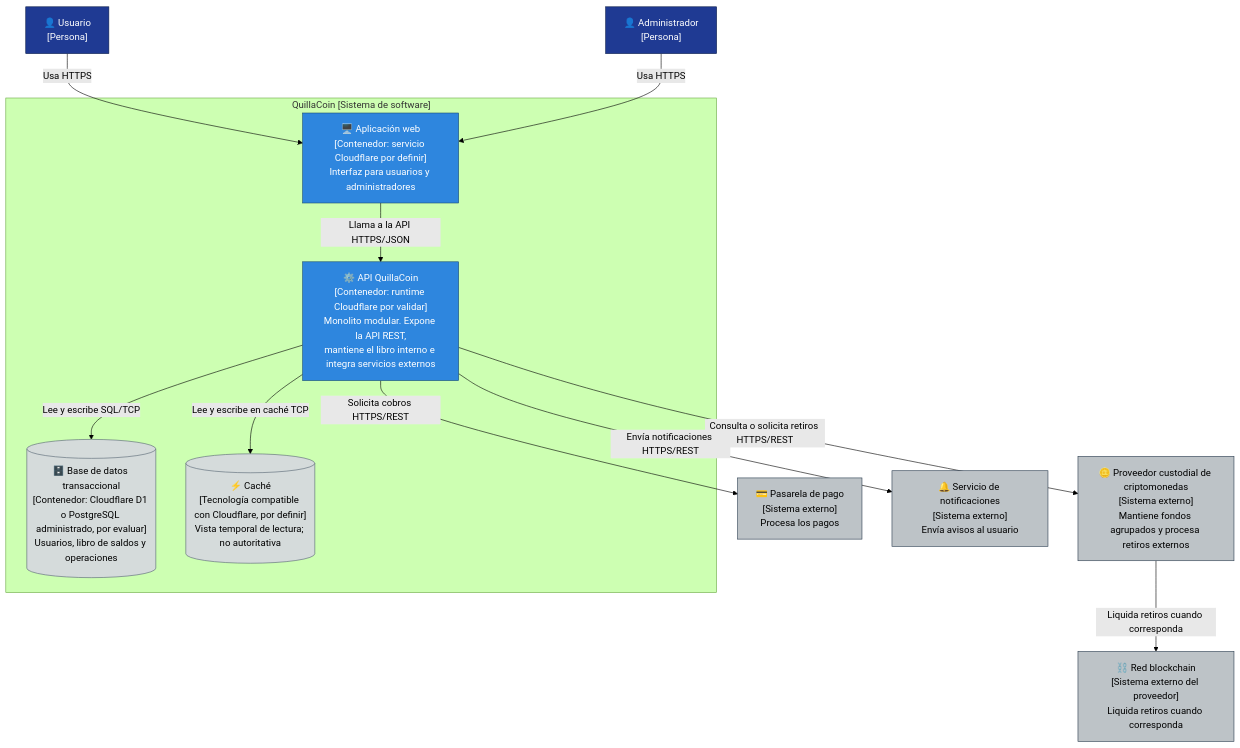
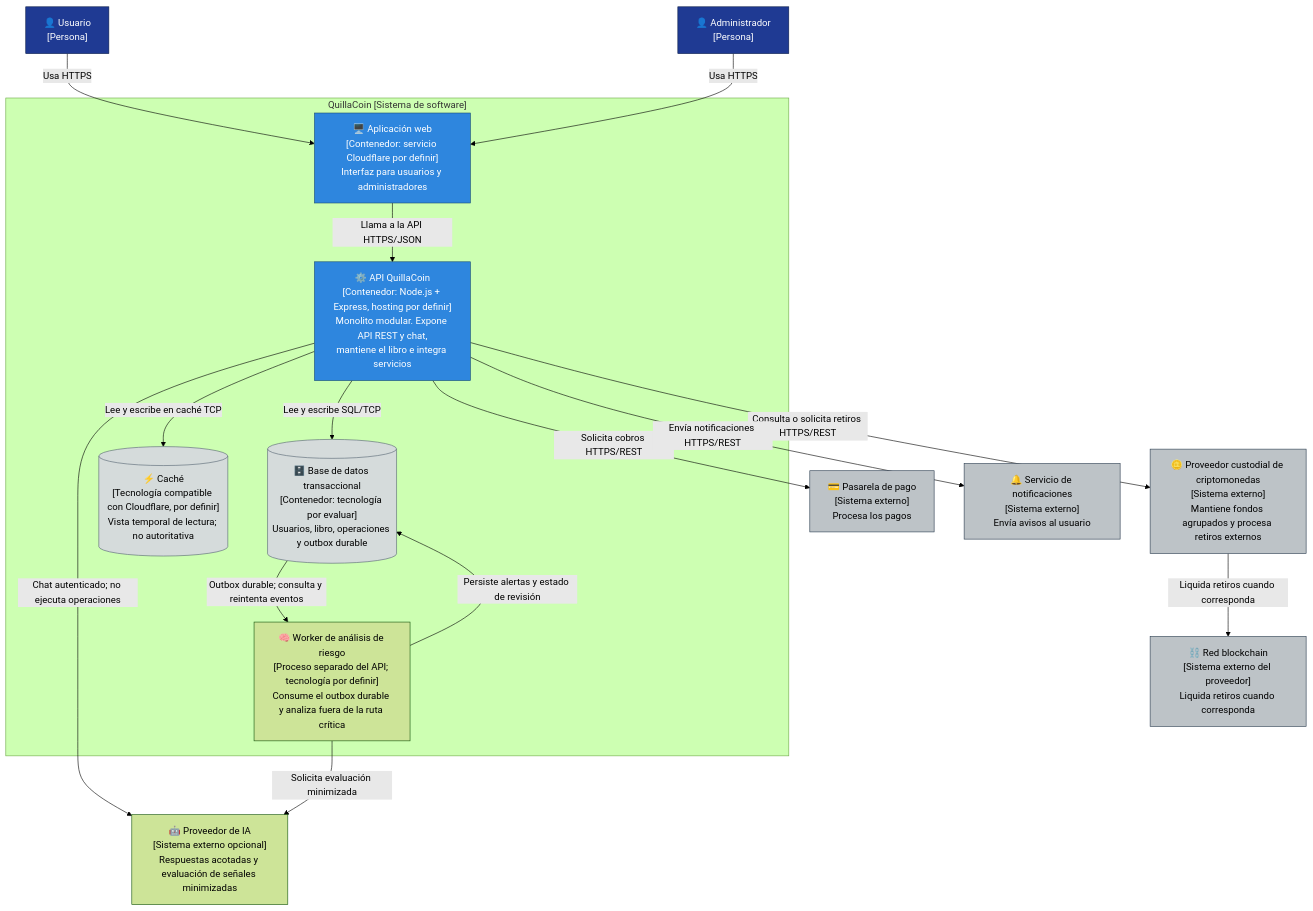
One commit to B3L70N/Flexcoin-arquitSoft-02-Jordy-Huaman changed the diagram in docs/04-modelo-c4/Nivel2-DiagramadeContenedores.md. Above: the diagram before and after it, drawn with Mermaid (forest theme). The commit also changed other lines of this file and 20 other files, not shown here.

````diff
--- a/docs/04-modelo-c4/Nivel2-DiagramadeContenedores.md
+++ b/docs/04-modelo-c4/Nivel2-DiagramadeContenedores.md
@@ -24,41 +24,47 @@
 ```mermaid
 flowchart TB
     Usuario["👤 Usuario<br/>[Persona]"]
     Admin["👤 Administrador<br/>[Persona]"]
 
     subgraph QuillaCoin ["QuillaCoin [Sistema de software]"]
         WebApp["🖥️ Aplicación web<br/>[Contenedor: servicio Cloudflare por definir]<br/>Interfaz para usuarios y administradores"]
-        API["⚙️ API QuillaCoin<br/>[Contenedor: runtime Cloudflare por validar]<br/>Monolito modular. Expone la API REST,<br/>mantiene el libro interno e integra servicios externos"]
-        DB[("🗄️ Base de datos transaccional<br/>[Contenedor: Cloudflare D1 o PostgreSQL administrado, por evaluar]<br/>Usuarios, libro de saldos y operaciones")]
+        API["⚙️ API QuillaCoin<br/>[Contenedor: Node.js + Express, hosting por definir]<br/>Monolito modular. Expone API REST y chat,<br/>mantiene el libro e integra servicios"]
+        DB[("🗄️ Base de datos transaccional<br/>[Contenedor: tecnología por evaluar]<br/>Usuarios, libro, operaciones y outbox durable")]
         Cache[("⚡ Caché<br/>[Tecnología compatible con Cloudflare, por definir]<br/>Vista temporal de lectura; no autoritativa")]
+        Worker["🧠 Worker de análisis de riesgo<br/>[Proceso separado del API; tecnología por definir]<br/>Consume el outbox durable y analiza fuera de la ruta crítica"]
     end
 
     Pasarela["💳 Pasarela de pago<br/>[Sistema externo]<br/>Procesa los pagos"]
     Proveedor["🪙 Proveedor custodial de criptomonedas<br/>[Sistema externo]<br/>Mantiene fondos agrupados y procesa retiros externos"]
     Blockchain["⛓️ Red blockchain<br/>[Sistema externo del proveedor]<br/>Liquida retiros cuando corresponda"]
     Notif["🔔 Servicio de notificaciones<br/>[Sistema externo]<br/>Envía avisos al usuario"]
+    IA["🤖 Proveedor de IA<br/>[Sistema externo opcional]<br/>Respuestas acotadas y evaluación de señales minimizadas"]
 
     Usuario -->|Usa HTTPS| WebApp
     Admin -->|Usa HTTPS| WebApp
 
     WebApp -->|Llama a la API HTTPS/JSON| API
 
     API -->|Lee y escribe SQL/TCP| DB
     API -->|Lee y escribe en caché TCP| Cache
 
     API -->|Solicita cobros HTTPS/REST| Pasarela
     API -->|Consulta o solicita retiros HTTPS/REST| Proveedor
     Proveedor -->|Liquida retiros cuando corresponda| Blockchain
     API -->|Envía notificaciones HTTPS/REST| Notif
+    API -->|Chat autenticado; no ejecuta operaciones| IA
+    DB -->|Outbox durable; consulta y reintenta eventos| Worker
+    Worker -->|Solicita evaluación minimizada| IA
+    Worker -->|Persiste alertas y estado de revisión| DB
 
     style Usuario fill:#1f3a93,stroke:#0d1e4c,color:#ffffff
     style Admin fill:#1f3a93,stroke:#0d1e4c,color:#ffffff
     style WebApp fill:#2e86de,stroke:#1b4f72,color:#ffffff
     style API fill:#2e86de,stroke:#1b4f72,color:#ffffff
     style DB fill:#d5dbdb,stroke:#566573,color:#000000
     style Cache fill:#d5dbdb,stroke:#566573,color:#000000
     style Pasarela fill:#bdc3c7,stroke:#2c3e50,color:#000000
     style Proveedor fill:#bdc3c7,stroke:#2c3e50,color:#000000
     style Blockchain fill:#bdc3c7,stroke:#2c3e50,color:#000000
     style Notif fill:#bdc3c7,stroke:#2c3e50,color:#000000
 ```
````
